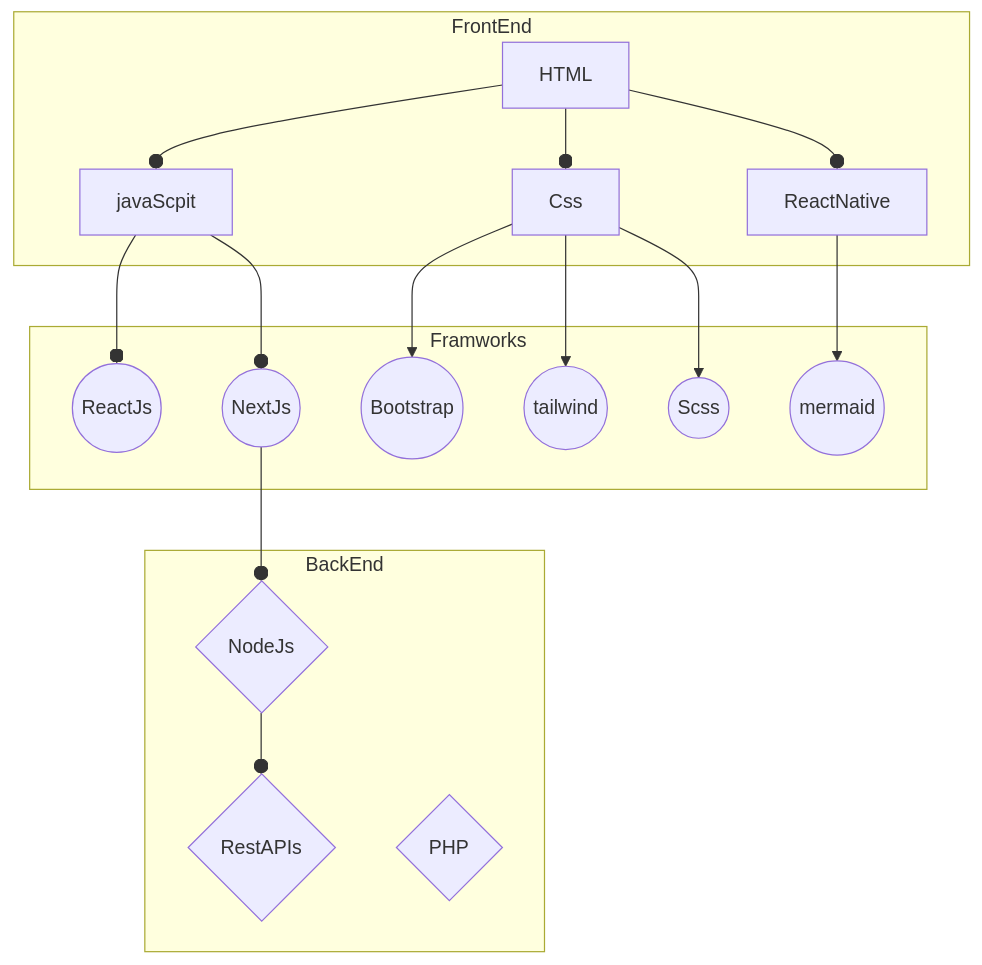
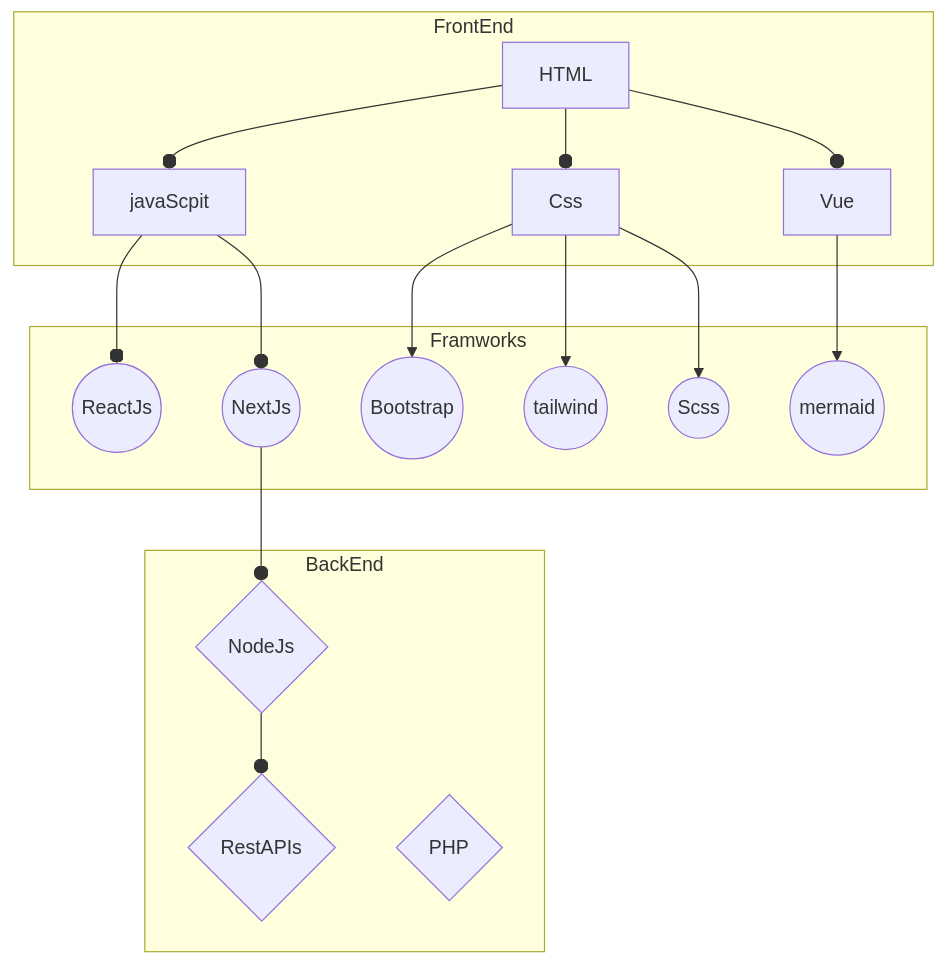
Before and after one commit to FelixAshong/FelixAshong: the diagram in README.md, drawn with Mermaid. The commit also changed other lines of this file, not shown here.

````diff
--- a/README.md
+++ b/README.md
@@ -59,46 +59,46 @@
 ```mermaid
 flowchart 
 f1[HTML]
 f2[Css]
 f3[javaScpit]
-f4[ReactNative]
+f4[ Vue]
 fw1((ReactJs))
 fw2((NextJs))
 fw3((Bootstrap))
 fw4((tailwind))
 fw5((Scss))
 fw6((mermaid))
 b1{NodeJs}
 b2{RestAPIs}
 b3{PHP}
  subgraph  BackEnd
 b1
 b2
 b3
  end  
  subgraph Framworks 
 fw1
 fw2
 fw3
 fw4
 fw5
 fw6
  end
   subgraph  FrontEnd 
  f1
  f2
  f3
  f4
  end  
  f1 --o f2
  f1 --o f3
  f1 --o f4
  f2 --> fw3
  f2 --> fw4
  f2 --> fw5
  f3 --o fw1
  f3 --o fw2
  fw2 --o b1
  f4 --> fw6
  b1 --o b2
  ```
````
